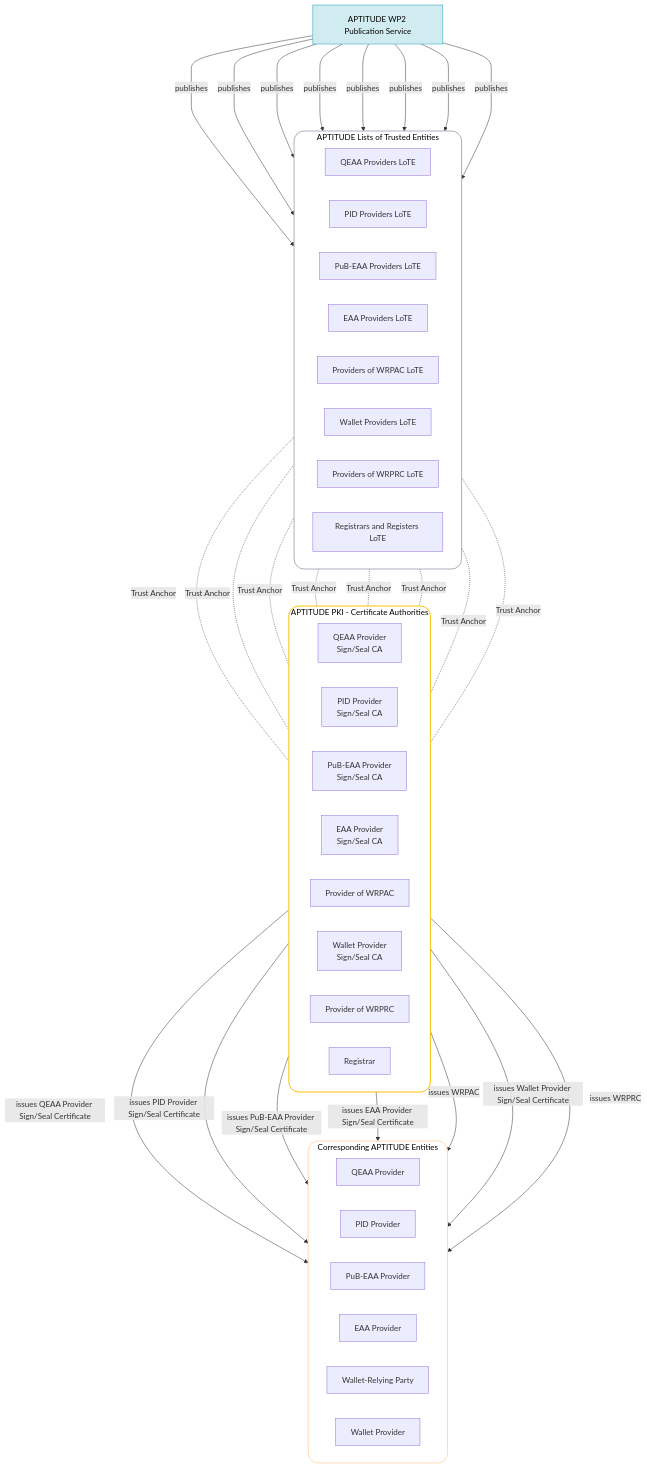
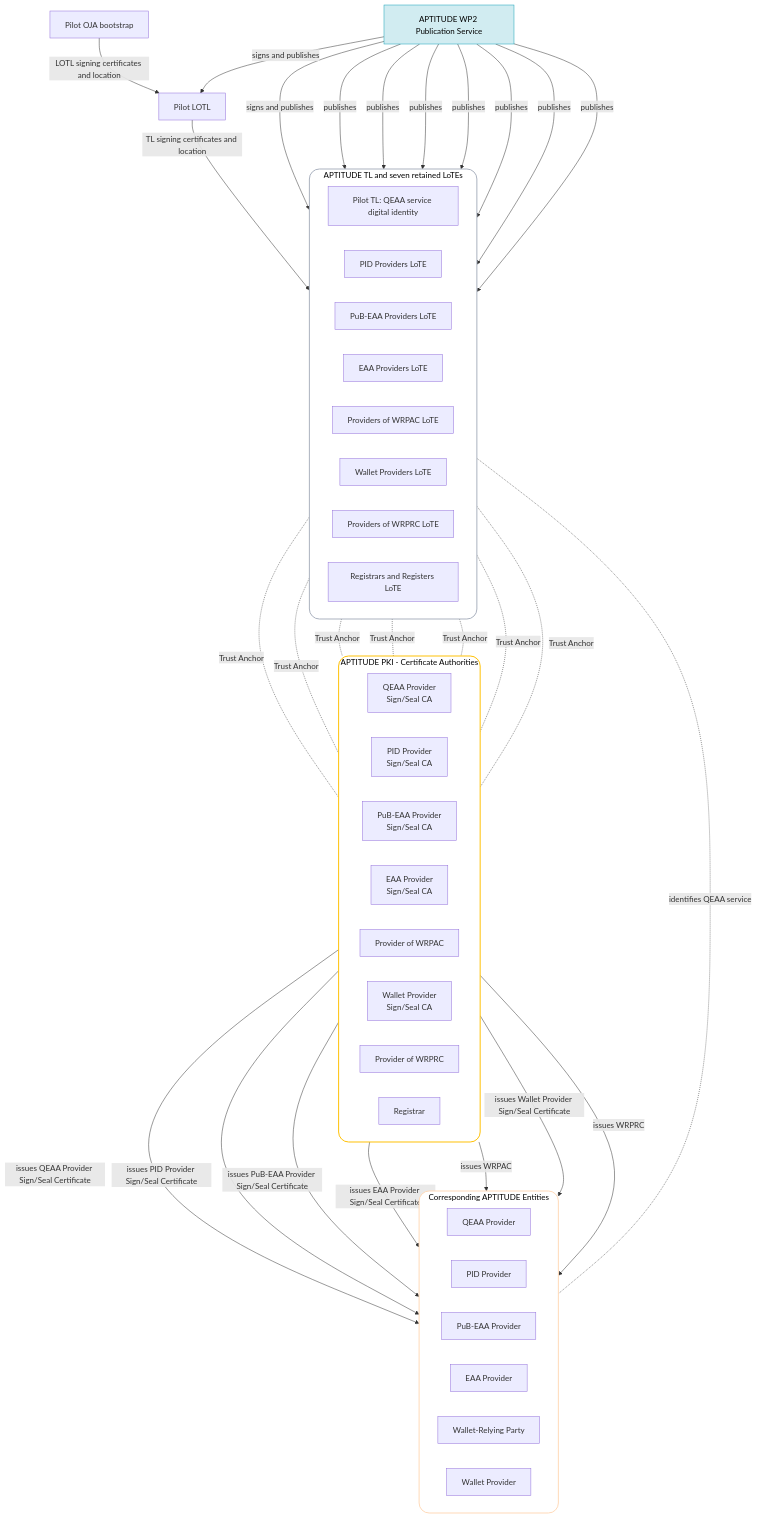
The second of 3 diagrams in docs/topics/trust-architecture.md (APTITUDE-Consortium/wp2-trust-specifications), drawn with Mermaid before and after one commit. The commit also changed other lines of this file and 1 other file, not shown here.

````diff
--- a/docs/topics/trust-architecture.md
+++ b/docs/topics/trust-architecture.md
@@ -63,69 +65,74 @@
 ```mermaid
 flowchart TB
     PubSvc["APTITUDE WP2 Publication Service"]:::publication
 
-    subgraph Lists["APTITUDE Lists of Trusted Entities"]
+    subgraph Lists["APTITUDE TL and seven retained LoTEs"]
         direction LR
-        QEAA_L["QEAA Providers LoTE"]
+        QEAA_L["Pilot TL: QEAA service digital identity"]
         PID_L["PID Providers LoTE"]
         PuBEAA_L["PuB-EAA Providers LoTE"]
         EAA_L["EAA Providers LoTE"]
         WRPAC_L["Providers of WRPAC LoTE"]
         Wallet_L["Wallet Providers LoTE"]
         WRPRC_L["Providers of WRPRC LoTE"]
         Registrar_L["Registrars and Registers LoTE"]
     end
 
     subgraph PKI["APTITUDE PKI - Certificate Authorities"]
         direction LR
         QEAA_CA["QEAA Provider<br/>Sign/Seal CA"]
         PID_CA["PID Provider<br/>Sign/Seal CA"]
         PuBEAA_CA["PuB-EAA Provider<br/>Sign/Seal CA"]
         EAA_CA["EAA Provider<br/>Sign/Seal CA"]
         WRPAC_CA["Provider of WRPAC"]
         Wallet_CA["Wallet Provider<br/>Sign/Seal CA"]
         WRPRC_CA["Provider of WRPRC"]
         Registrar_CA["Registrar"]
     end
 
     subgraph Entities["Corresponding APTITUDE Entities"]
         direction LR
         QEAA_Entity["QEAA Provider"]
         PID_Entity["PID Provider"]
         PuBEAA_Entity["PuB-EAA Provider"]
         EAA_Entity["EAA Provider"]
         WRP_Entity["Wallet-Relying Party"]
         Wallet_Entity["Wallet Provider"]
     end
 
-    PubSvc ---->|"publishes"| QEAA_L
+    OJA["Pilot OJA bootstrap"]
+    LOTL["Pilot LOTL"]
+    OJA -->|"LOTL signing certificates and location"| LOTL
+    LOTL -->|"TL signing certificates and location"| QEAA_L
+    PubSvc -->|"signs and publishes"| LOTL
+    PubSvc -->|"signs and publishes"| QEAA_L
     PubSvc -->|"publishes"| PID_L
     PubSvc -->|"publishes"| PuBEAA_L
     PubSvc -->|"publishes"| EAA_L
     PubSvc -->|"publishes"| WRPAC_L
     PubSvc -->|"publishes"| Wallet_L
     PubSvc -->|"publishes"| WRPRC_L
     PubSvc -->|"publishes"| Registrar_L
 
-    QEAA_L -. "Trust Anchor" .- QEAA_CA
+    QEAA_L -. "identifies QEAA service" .- QEAA_Entity
     PID_L -. "Trust Anchor" .- PID_CA
     PuBEAA_L -. "Trust Anchor" .- PuBEAA_CA
     EAA_L -. "Trust Anchor" .- EAA_CA
     WRPAC_L -. "Trust Anchor" .- WRPAC_CA
     Wallet_L -. "Trust Anchor" .- Wallet_CA
     WRPRC_L -. "Trust Anchor" .- WRPRC_CA
     Registrar_L -. "Trust Anchor" .- Registrar_CA
 
     QEAA_CA -->|"issues QEAA Provider Sign/Seal Certificate"| QEAA_Entity
     PID_CA -->|"issues PID Provider Sign/Seal Certificate"| PID_Entity
     PuBEAA_CA -->|"issues PuB-EAA Provider Sign/Seal Certificate"| PuBEAA_Entity
     EAA_CA -->|"issues EAA Provider Sign/Seal Certificate"| EAA_Entity
     WRPAC_CA -->|"issues WRPAC"| WRP_Entity
     Wallet_CA -->|"issues Wallet Provider Sign/Seal Certificate"| Wallet_Entity
     WRPRC_CA -->|"issues WRPRC"| WRP_Entity
 
     classDef publication fill:#d1ecf1,stroke:#17a2b8,color:#000;
     style Lists fill:#fff,stroke:#abb2bf,stroke-width:2px,color:#000,rx:20,ry:20
     style PKI fill:#fff,stroke:#ffc107,stroke-width:2px,color:#000,rx:20,ry:20
     style Entities fill:#fff,stroke:#ffdab9,stroke-width:2px,color:#000,rx:20,ry:20
 ```
````
